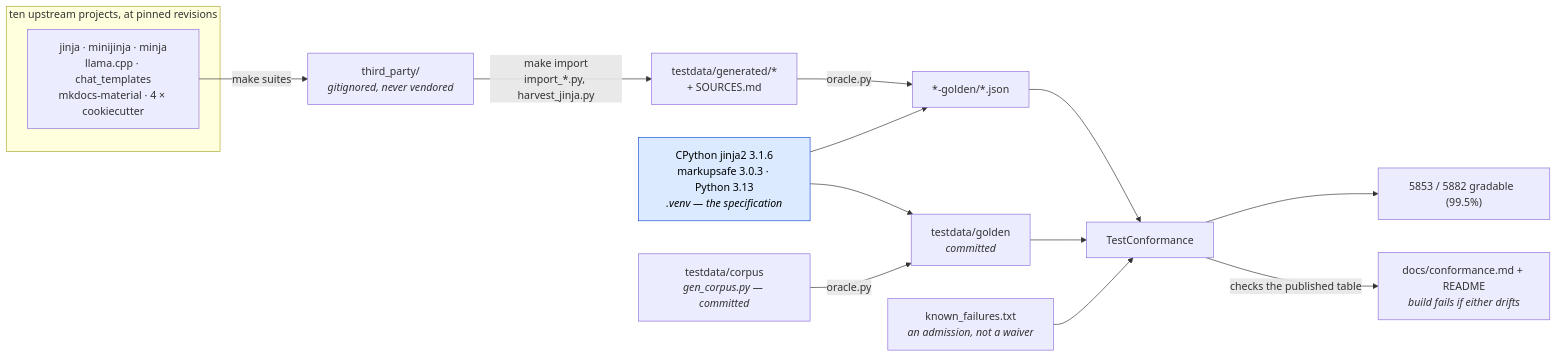
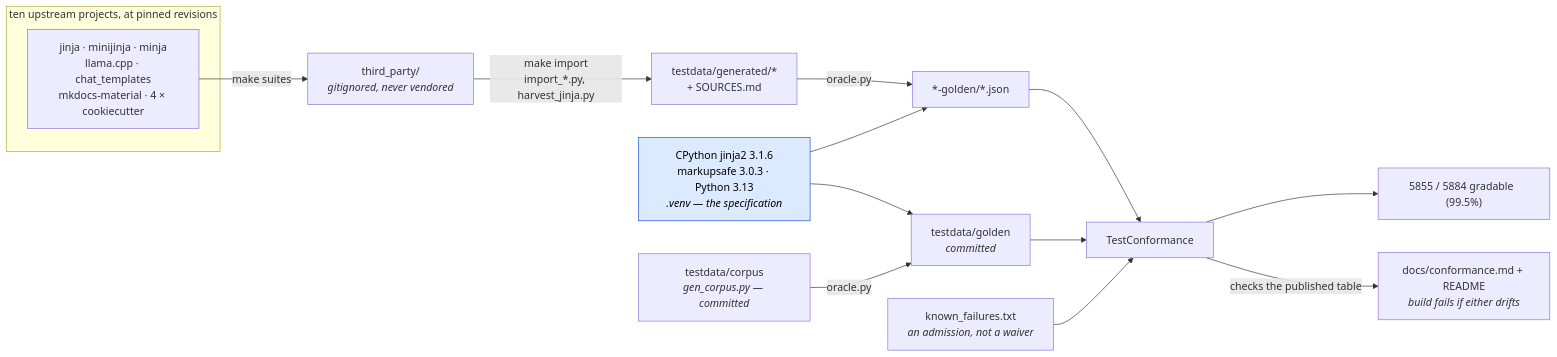
Before and after one commit to mgilbir/gojja2: the first of 2 diagrams in docs/conformance.md, drawn with Mermaid. The commit also changed other lines of this file and 10 other files, not shown here.

````diff
--- a/docs/conformance.md
+++ b/docs/conformance.md
@@ -17,24 +17,24 @@
 ```mermaid
 flowchart LR
     subgraph up["ten upstream projects, at pinned revisions"]
         U1["jinja · minijinja · minja<br/>llama.cpp · chat_templates<br/>mkdocs-material · 4 × cookiecutter"]
     end
     U1 -->|"make suites"| TP["third_party/<br/><i>gitignored, never vendored</i>"]
     TP -->|"make import<br/>import_*.py, harvest_jinja.py"| GEN["testdata/generated/*<br/>+ SOURCES.md"]
 
     ORA["CPython jinja2 3.1.6<br/>markupsafe 3.0.3 · Python 3.13<br/><i>.venv — the specification</i>"]
     GEN -->|"oracle.py"| G2["*-golden/*.json"]
     ORA --> G2
 
     OWN["testdata/corpus<br/><i>gen_corpus.py — committed</i>"] -->|"oracle.py"| G1["testdata/golden<br/><i>committed</i>"]
     ORA --> G1
 
     G1 --> TC["TestConformance"]
     G2 --> TC
     KF["known_failures.txt<br/><i>an admission, not a waiver</i>"] --> TC
-    TC --> RATE["5853 / 5882 gradable  (99.5%)"]
+    TC --> RATE["5855 / 5884 gradable  (99.5%)"]
     TC -->|"checks the published table"| RM["docs/conformance.md + README<br/><i>build fails if either drifts</i>"]
 
     classDef spec fill:#dbeafe,stroke:#1d4ed8,color:#000
     class ORA spec
 ```
````
